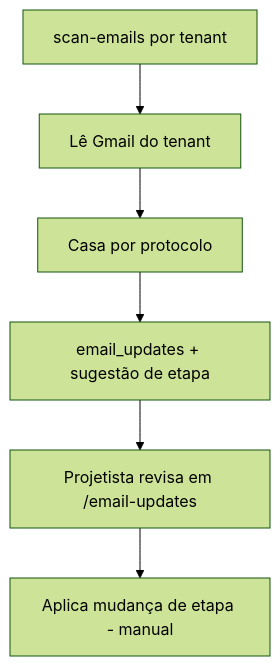
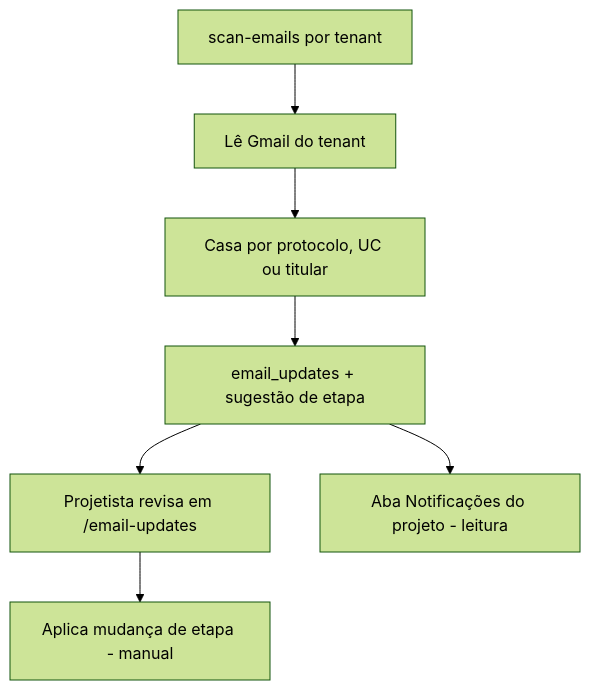
The diagram in docs/modules/ocr/overview.md (luixera/pv-harmony-hub), drawn with Mermaid (forest theme) before and after one commit. The commit also changed other lines of this file and 7 other files, not shown here.

````diff
--- a/docs/modules/ocr/overview.md
+++ b/docs/modules/ocr/overview.md
@@ -48,8 +74,9 @@
 ```mermaid
 flowchart TD
   Cron[scan-emails por tenant] --> Gmail[Lê Gmail do tenant]
-  Gmail --> Match[Casa por protocolo]
+  Gmail --> Match[Casa por protocolo, UC ou titular]
   Match --> Upd[email_updates + sugestão de etapa]
   Upd --> Rev[Projetista revisa em /email-updates]
+  Upd --> Aba[Aba Notificações do projeto - leitura]
   Rev --> Apply[Aplica mudança de etapa - manual]
 ```
````
